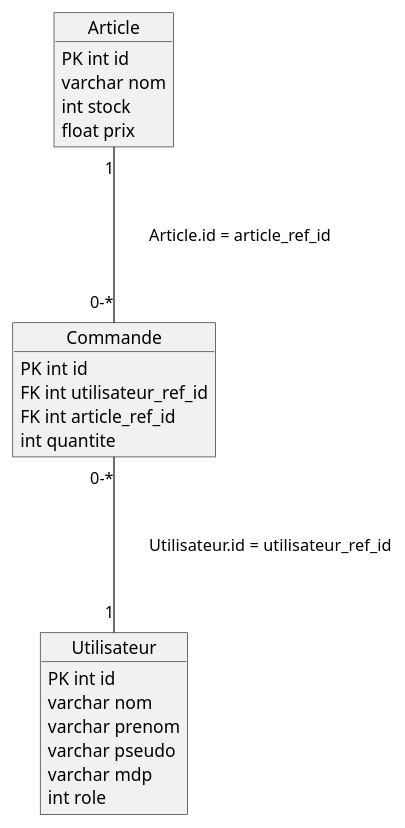
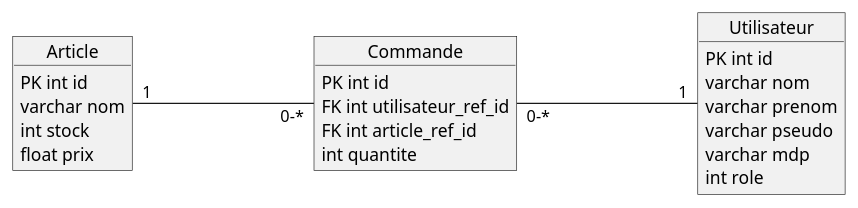
The diagram in document/BDD.puml (JulienMicheletti/projetWeb), drawn with PlantUML before and after one commit. The commit also changed 12 other files, not shown here.

```diff
--- a/document/BDD.puml
+++ b/document/BDD.puml
@@ -1,29 +1,29 @@
 @startuml
 
 object Article {
     PK int id
     varchar nom
     int stock
     float prix
 }
 
 object Commande {
     PK int id
     FK int utilisateur_ref_id
     FK int article_ref_id
     int quantite
 }
 
 object Utilisateur {
     PK int id
     varchar nom
     varchar prenom
     varchar pseudo
     varchar mdp
     int role
 }
 
-Article "1" --- "0-*" Commande:   \tArticle.id = article_ref_id
-Commande "0-*" --- "1" Utilisateur: \tUtilisateur.id = utilisateur_ref_id
+Article "1" --right- "0-*" Commande: \t\t\t\t
+Commande "0-*" --right- "1" Utilisateur: \t\t\t\t
 
 @enduml
```
